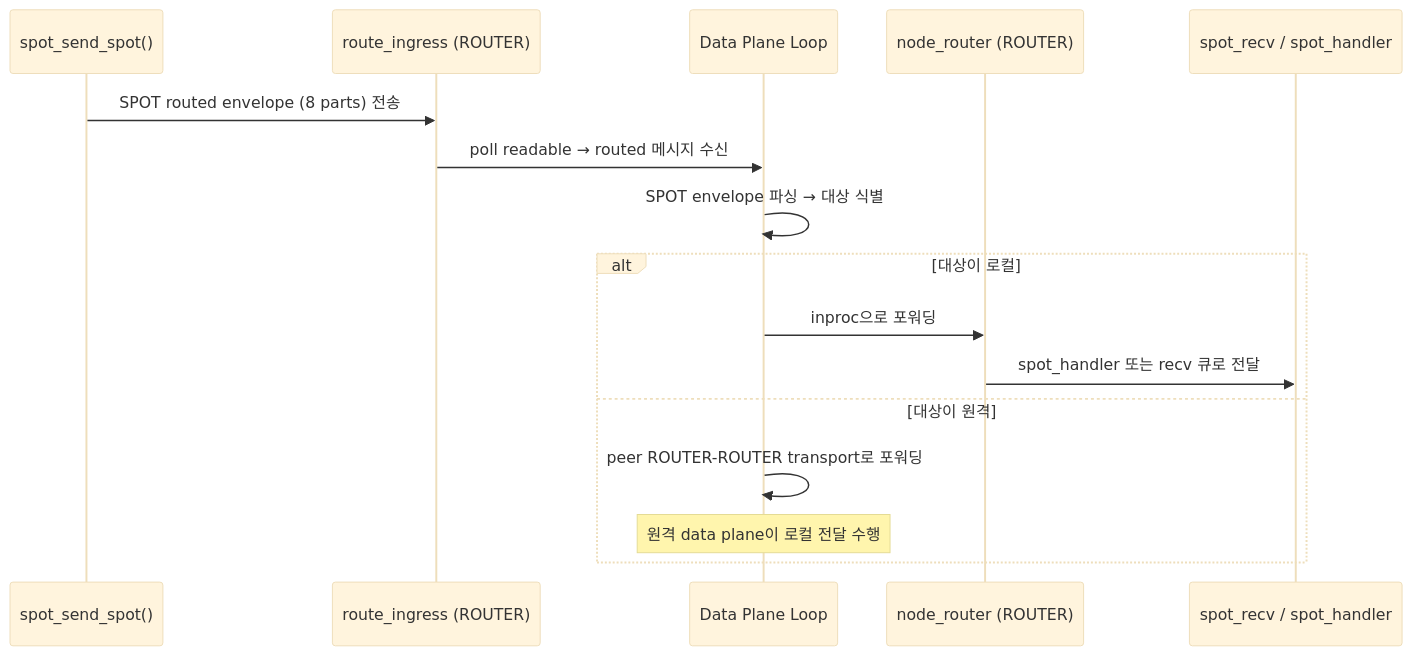
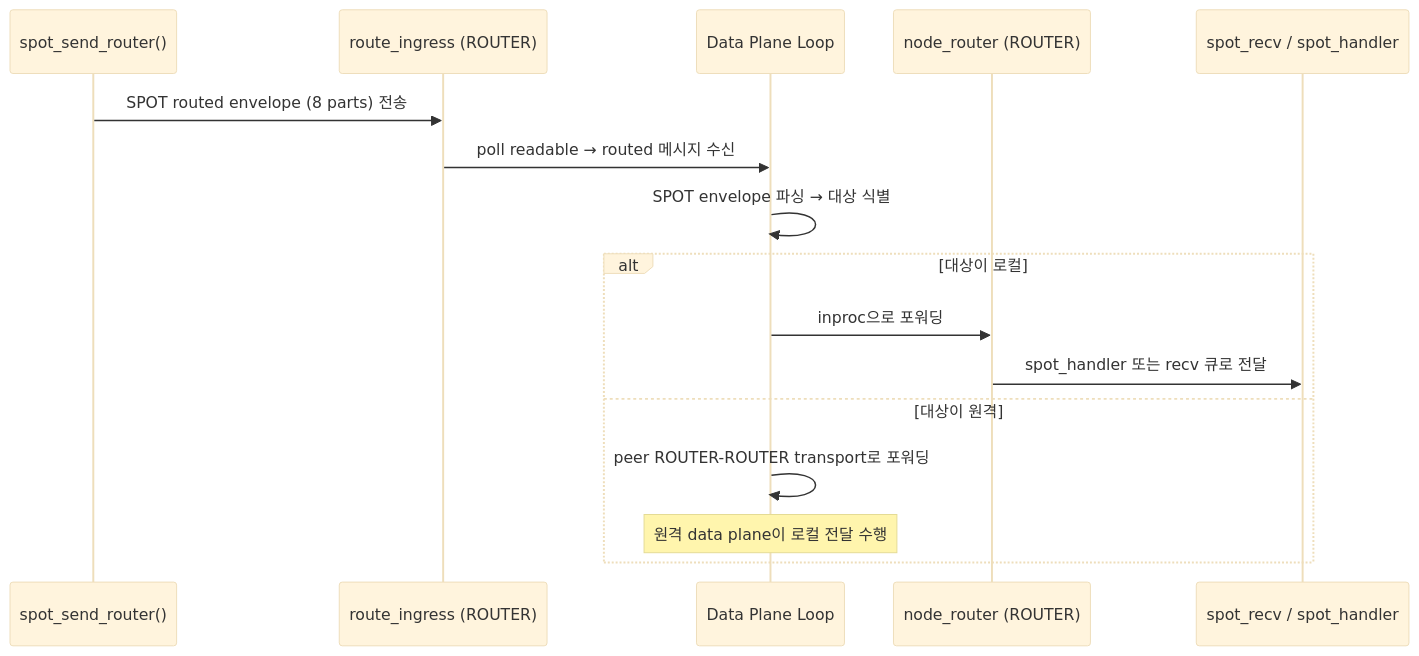
Before and after one commit to kairos-code-dev/zlink: the sixth of 14 diagrams in doc/internals/services-internals.ko.md, drawn with Mermaid (base theme). The commit also changed other lines of this file and 308 other files, not shown here.

````diff
--- a/doc/internals/services-internals.ko.md
+++ b/doc/internals/services-internals.ko.md
@@ -356,19 +356,19 @@
 ```mermaid
 sequenceDiagram
-    participant Sender as spot_send_spot()
+    participant Sender as spot_send_router()
     participant RouteIn as route_ingress (ROUTER)
     participant DP as Data Plane Loop
     participant NodeRouter as node_router (ROUTER)
     participant Receiver as spot_recv / spot_handler
 
     Sender->>RouteIn: SPOT routed envelope (8 parts) 전송
     RouteIn->>DP: poll readable → routed 메시지 수신
     DP->>DP: SPOT envelope 파싱 → 대상 식별
     alt 대상이 로컬
         DP->>NodeRouter: inproc으로 포워딩
         NodeRouter->>Receiver: spot_handler 또는 recv 큐로 전달
     else 대상이 원격
         DP->>DP: peer ROUTER-ROUTER transport로 포워딩
         Note over DP: 원격 data plane이 로컬 전달 수행
     end
 ```
````
